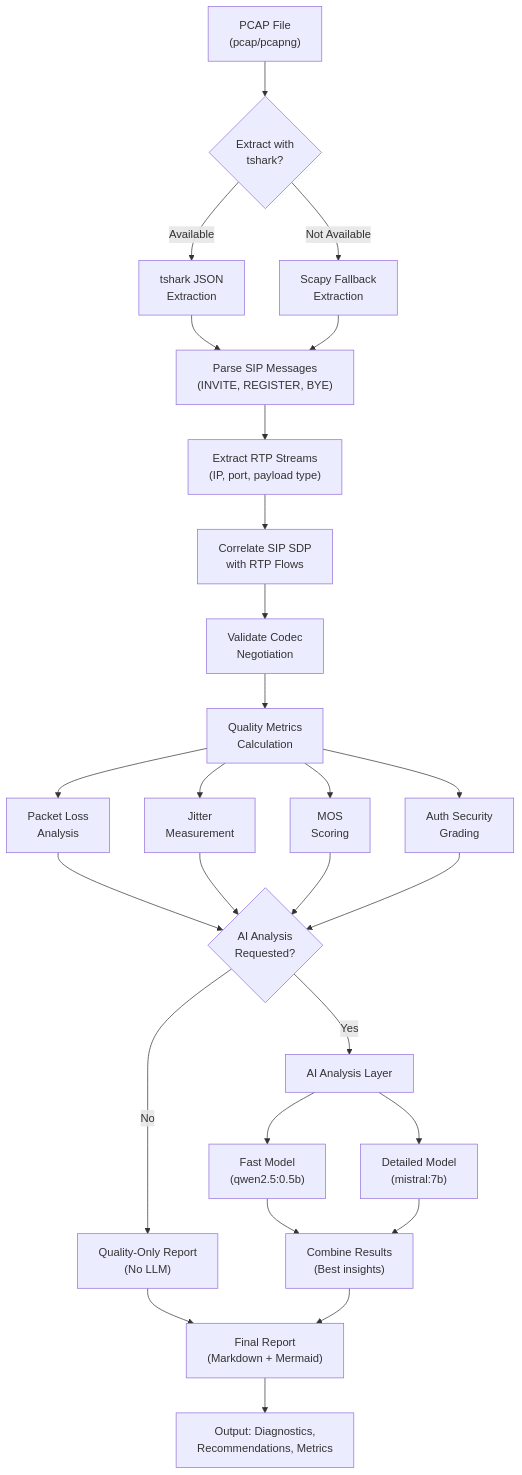
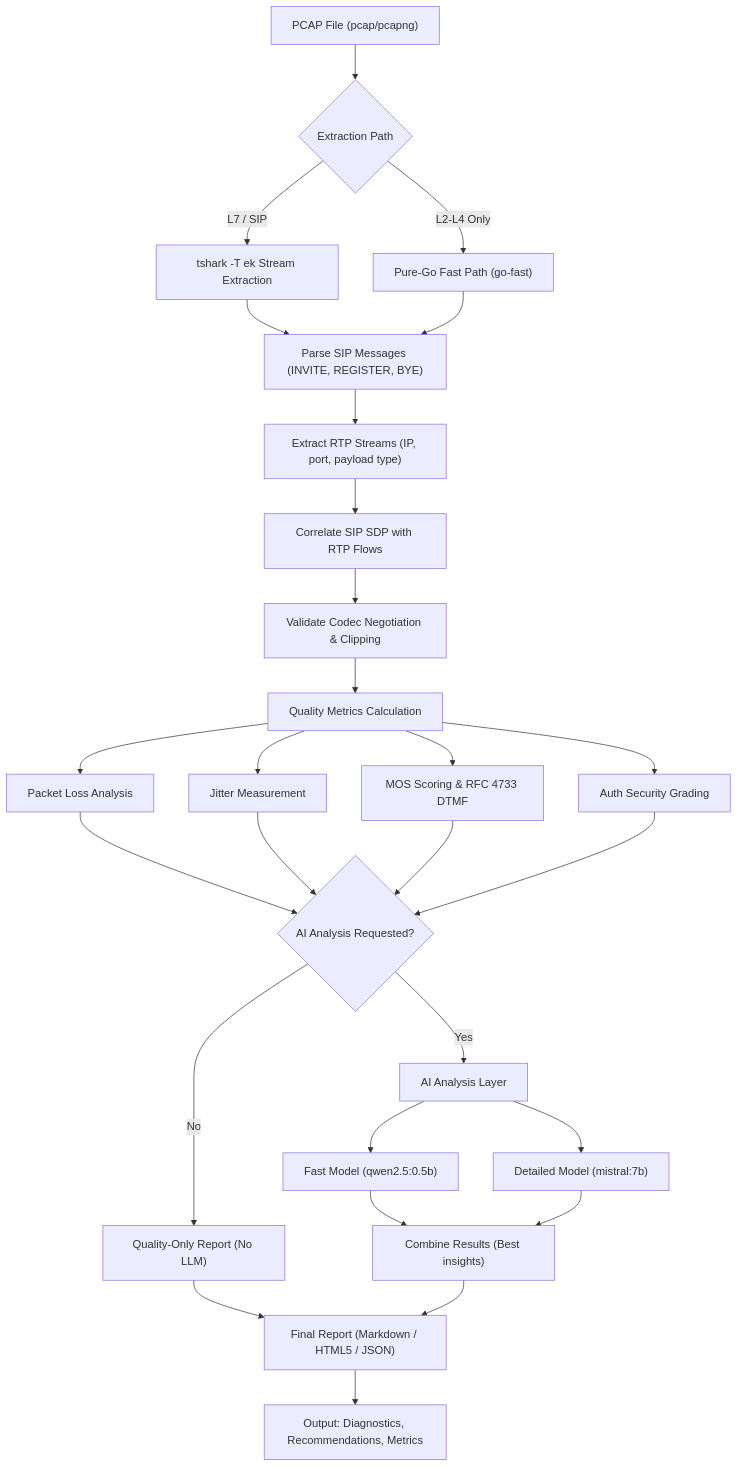
The third of 3 diagrams in SIP_DOCUMENTATION.md (zombat/sonic), drawn with Mermaid before and after one commit. The commit also changed other lines of this file and 7 other files, not shown here.

````diff
--- a/SIP_DOCUMENTATION.md
+++ b/SIP_DOCUMENTATION.md
@@ -184,29 +184,29 @@
 ```mermaid
 flowchart TD
-    A["PCAP File<br/>(pcap/pcapng)"] --> B{"Extract with<br/>tshark?"}  
-    B -->|Available| C["tshark JSON<br/>Extraction"]
-    B -->|Not Available| D["Scapy Fallback<br/>Extraction"]
-    C --> E["Parse SIP Messages<br/>(INVITE, REGISTER, BYE)"]
+    A["PCAP File (pcap/pcapng)"] --> B{"Extraction Path"}
+    B -->|L7 / SIP| C["tshark -T ek Stream Extraction"]
+    B -->|L2-L4 Only| D["Pure-Go Fast Path (go-fast)"]
+    C --> E["Parse SIP Messages (INVITE, REGISTER, BYE)"]
     D --> E
-    E --> F["Extract RTP Streams<br/>(IP, port, payload type)"]
-    F --> G["Correlate SIP SDP<br/>with RTP Flows"]
-    G --> H["Validate Codec<br/>Negotiation"]
-    H --> I["Quality Metrics<br/>Calculation"]
-    I --> J["Packet Loss<br/>Analysis"]
-    I --> K["Jitter<br/>Measurement"]
-    I --> L["MOS<br/>Scoring"]
-    I --> M["Auth Security<br/>Grading"]
-    J --> N{"AI Analysis<br/>Requested?"}
+    E --> F["Extract RTP Streams (IP, port, payload type)"]
+    F --> G["Correlate SIP SDP with RTP Flows"]
+    G --> H["Validate Codec Negotiation & Clipping"]
+    H --> I["Quality Metrics Calculation"]
+    I --> J["Packet Loss Analysis"]
+    I --> K["Jitter Measurement"]
+    I --> L["MOS Scoring & RFC 4733 DTMF"]
+    I --> M["Auth Security Grading"]
+    J --> N{"AI Analysis Requested?"}
     K --> N
     L --> N
     M --> N
-    N -->|No| O["Quality-Only Report<br/>(No LLM)"]
+    N -->|No| O["Quality-Only Report (No LLM)"]
     N -->|Yes| P["AI Analysis Layer"]
-    P --> Q["Fast Model<br/>(qwen2.5:0.5b)"]
-    P --> R["Detailed Model<br/>(mistral:7b)"]
-    Q --> S["Combine Results<br/>(Best insights)"]
+    P --> Q["Fast Model (qwen2.5:0.5b)"]
+    P --> R["Detailed Model (mistral:7b)"]
+    Q --> S["Combine Results (Best insights)"]
     R --> S
-    O --> T["Final Report<br/>(Markdown + Mermaid)"]
+    O --> T["Final Report (Markdown / HTML5 / JSON)"]
     S --> T
-    T --> U["Output: Diagnostics,<br/>Recommendations, Metrics"]
+    T --> U["Output: Diagnostics, Recommendations, Metrics"]
 ```
````
